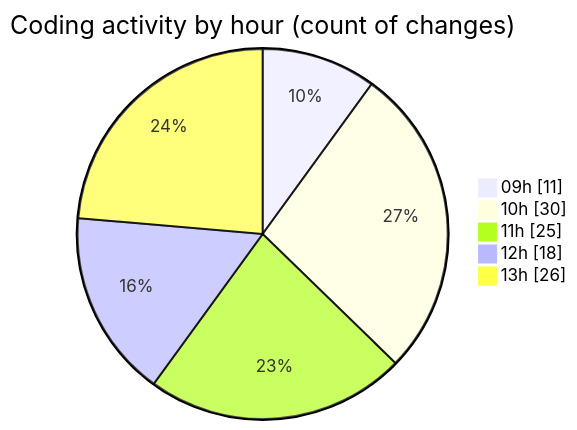
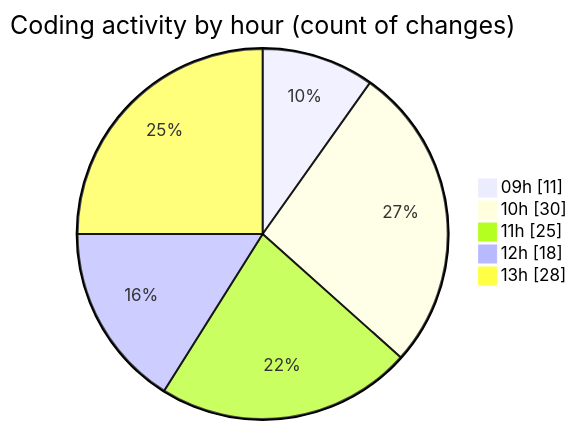
The second of 2 diagrams in 2025-06-24/cda/README.md (momahboobian/code-tracking), drawn with Mermaid before and after one commit. The commit also changed other lines of this file and 1 other file, not shown here.

````diff
--- a/2025-06-24/cda/README.md
+++ b/2025-06-24/cda/README.md
@@ -32,9 +32,9 @@
 ```mermaid
 pie showData
 title Coding activity by hour (count of changes)
 "09h" : 11
 "10h" : 30
 "11h" : 25
 "12h" : 18
-"13h" : 26
+"13h" : 28
 ```
````
